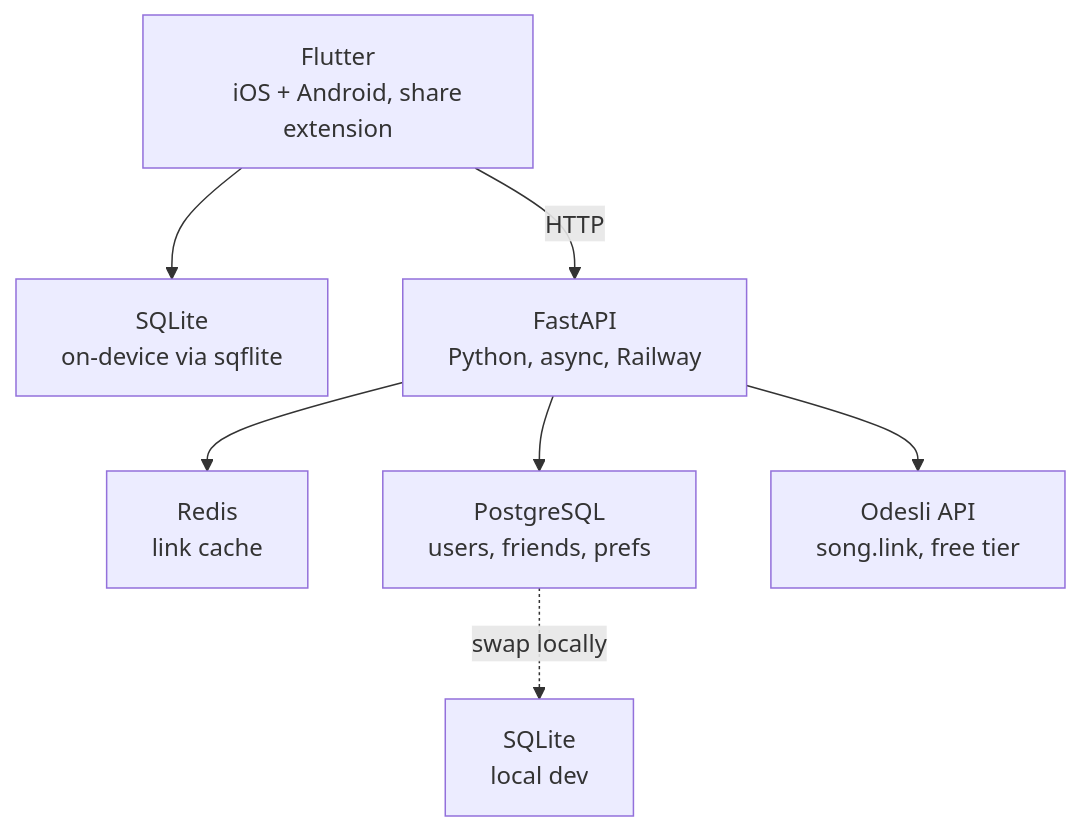
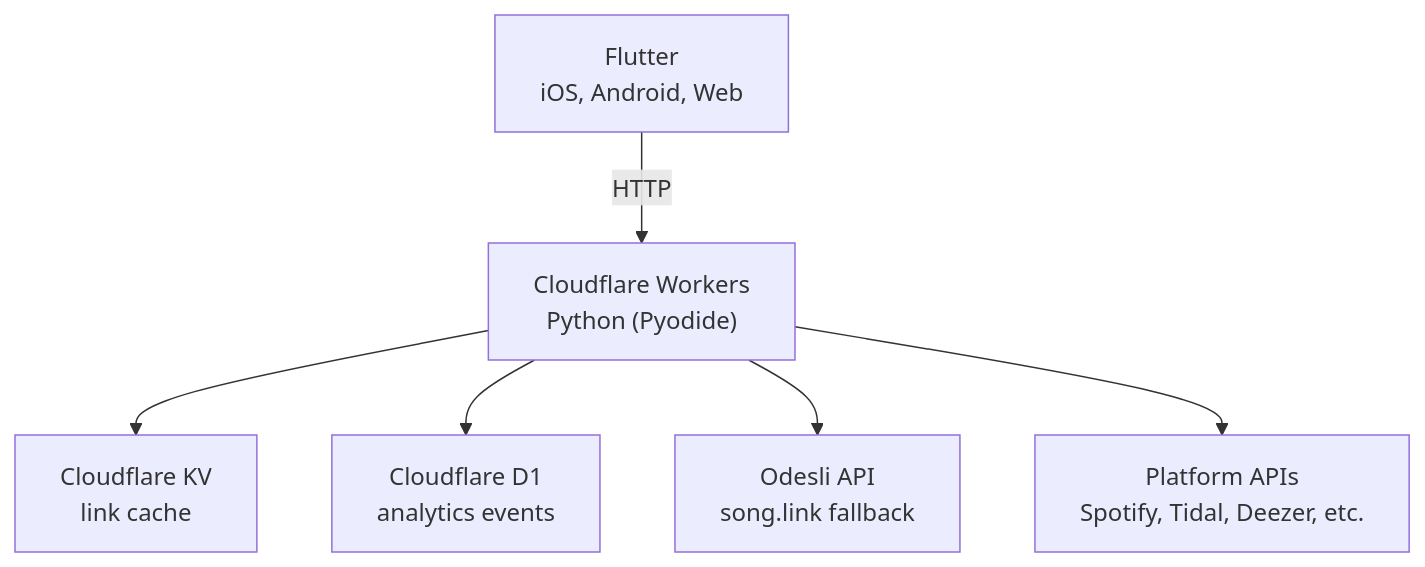
Before and after one commit to johnshields/kurl: the diagram in _docs/ARCHITECTURE.md, drawn with Mermaid. The commit also changed other lines of this file and 11 other files, not shown here.

````diff
--- a/_docs/ARCHITECTURE.md
+++ b/_docs/ARCHITECTURE.md
@@ -5,16 +5,14 @@
 ```mermaid
 flowchart TD
     Flutter["Flutter
-    iOS + Android, share extension"] --> SQLite["SQLite
-    on-device via sqflite"]
-    Flutter -->|HTTP| FastAPI["FastAPI
-    Python, async, Railway"]
-    FastAPI --> Redis["Redis
+    iOS, Android, Web"] -->|HTTP| Workers["Cloudflare Workers
+    Python (Pyodide)"]
+    Workers --> KV["Cloudflare KV
     link cache"]
-    FastAPI --> PostgreSQL["PostgreSQL
-    users, friends, prefs"]
-    FastAPI --> Odesli["Odesli API
-    song.link, free tier"]
-    PostgreSQL -.->|swap locally| SQLiteLocal["SQLite
-    local dev"]
+    Workers --> D1["Cloudflare D1
+    analytics events"]
+    Workers --> Odesli["Odesli API
+    song.link fallback"]
+    Workers --> PlatformAPIs["Platform APIs
+    Spotify, Tidal, Deezer, etc."]
 ```
````
